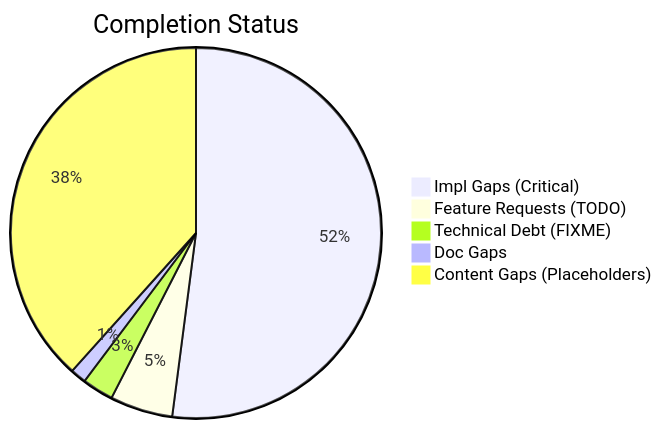
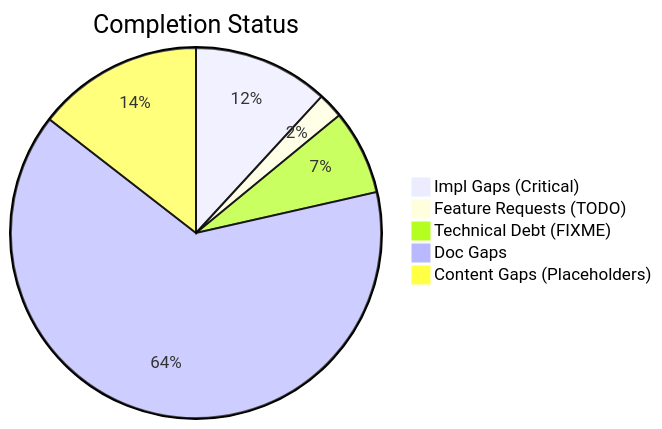
Before and after one commit to D-sorganization/AffineDrift: the first of 2 diagrams in docs/assessments/completist/Completist_Report_2026-02-26.md, drawn with Mermaid. The commit also changed other lines of this file and 33 other files, not shown here.

````diff
--- a/docs/assessments/completist/Completist_Report_2026-02-26.md
+++ b/docs/assessments/completist/Completist_Report_2026-02-26.md
@@ -12,8 +12,8 @@
 ```mermaid
 pie title Completion Status
-    "Impl Gaps (Critical)" : 38
-    "Feature Requests (TODO)" : 4
-    "Technical Debt (FIXME)" : 2
-    "Doc Gaps" : 1
-    "Content Gaps (Placeholders)" : 28
+    "Impl Gaps (Critical)" : 80
+    "Feature Requests (TODO)" : 15
+    "Technical Debt (FIXME)" : 50
+    "Doc Gaps" : 433
+    "Content Gaps (Placeholders)" : 98
 ```
````
